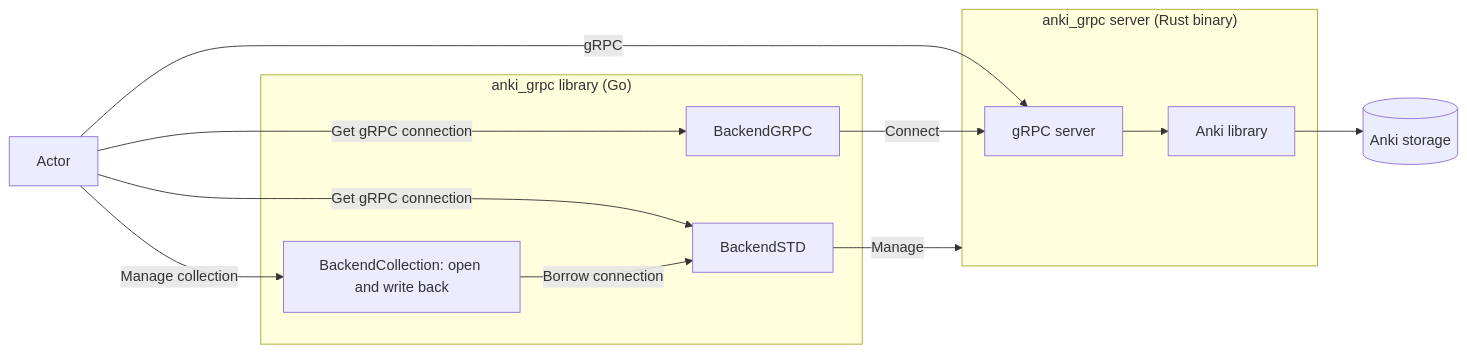
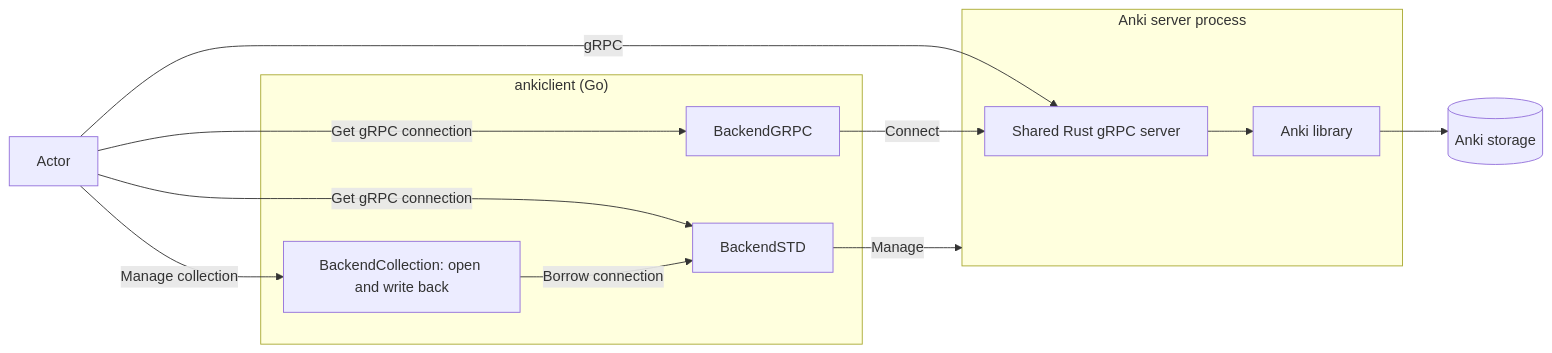
Before and after one commit to alwaldend/src: the diagram in projects/anki_grpc/docs/architecture.mmd, drawn with Mermaid. The commit also changed 64 other files, not shown here.

First line of the commit message:
Link the Anki server into the CLI executable

```diff
--- a/projects/anki_grpc/docs/architecture.mmd
+++ b/projects/anki_grpc/docs/architecture.mmd
@@ -1,19 +1,19 @@
 flowchart LR
     actor[Actor]
-    subgraph anki_grpc_library["anki_grpc library (Go)"]
+    subgraph anki_grpc_library["ankiclient (Go)"]
         backend[BackendSTD]
         connection[BackendGRPC]
         collection[BackendCollection: open and write back]
     end
-    subgraph anki_grpc_server["anki_grpc server (Rust binary)"]
-        server[gRPC server] --> library[Anki library]
+    subgraph anki_grpc_server["Anki server process"]
+        server[Shared Rust gRPC server] --> library[Anki library]
     end
     storage[("Anki storage")]
     actor -->|gRPC| server
     actor -->|Get gRPC connection| backend
     actor -->|Get gRPC connection| connection
     actor -->|Manage collection| collection
     collection -->|Borrow connection| backend
     connection -->|Connect| server
     backend -->|Manage| anki_grpc_server
     library --> storage
```
